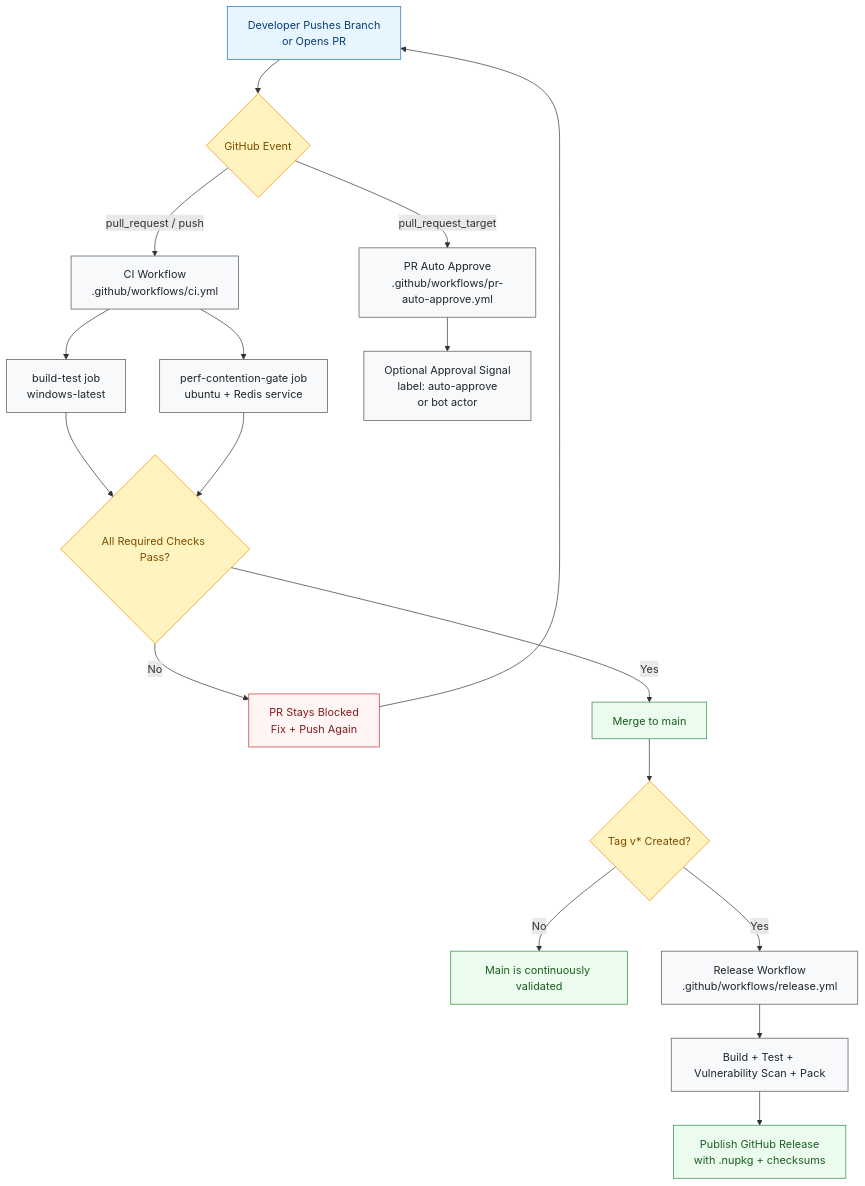
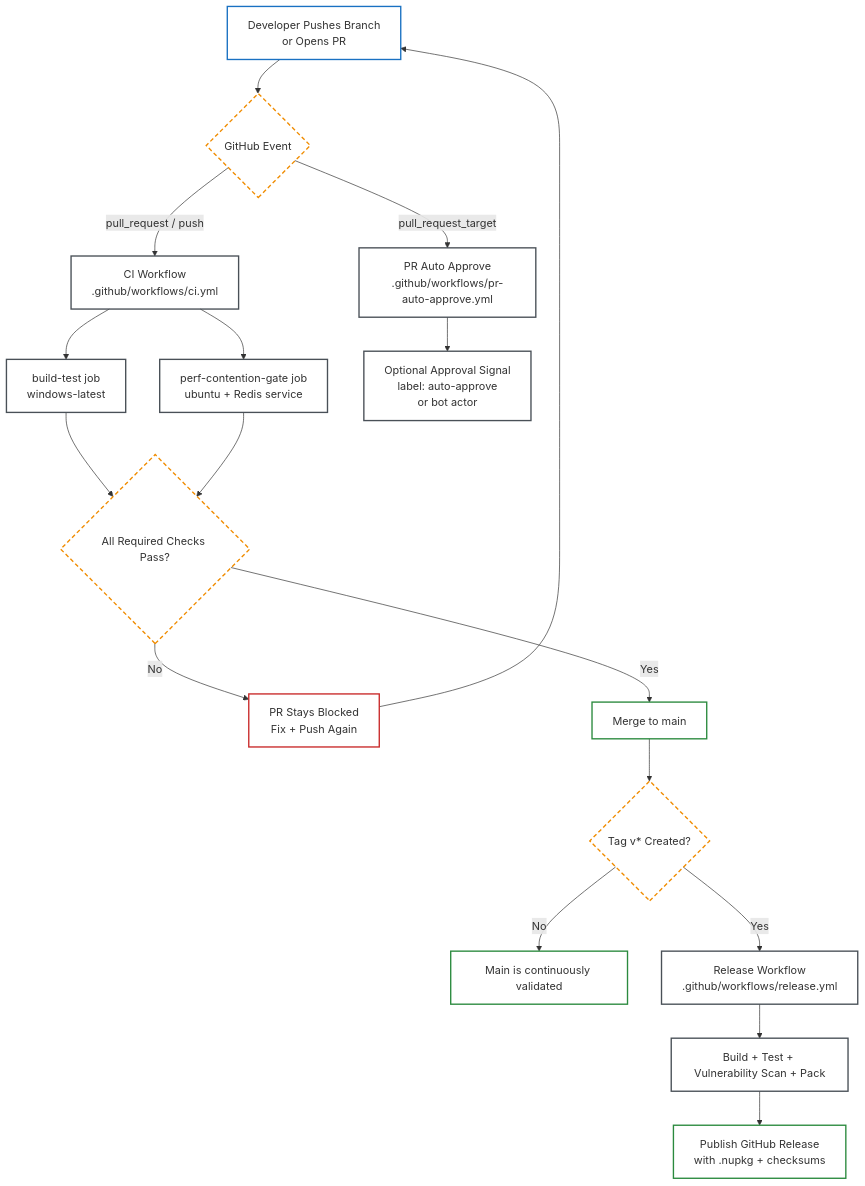
The first of 4 diagrams in docs/WORKFLOWS.md (haxxornulled/VapeCache), drawn with Mermaid before and after one commit. The commit also changed other lines of this file and 1 other file, not shown here.

Commit message:
docs(diagrams): tune mermaid styling for light/dark github themes

````diff
--- a/docs/WORKFLOWS.md
+++ b/docs/WORKFLOWS.md
@@ -7,28 +9,28 @@
 ```mermaid
 flowchart TB
-    classDef trigger fill:#e7f5ff,stroke:#1971c2,stroke-width:1px,color:#0b3d75
-    classDef gate fill:#fff3bf,stroke:#f08c00,stroke-width:1px,color:#7c4d00
-    classDef success fill:#ebfbee,stroke:#2b8a3e,stroke-width:1px,color:#1b5e20
-    classDef fail fill:#fff5f5,stroke:#c92a2a,stroke-width:1px,color:#7f1d1d
-    classDef action fill:#f8f9fa,stroke:#495057,stroke-width:1px,color:#212529
+    classDef trigger fill:transparent,stroke:#1971c2,stroke-width:2px
+    classDef gate fill:transparent,stroke:#f08c00,stroke-width:2px,stroke-dasharray: 6 4
+    classDef success fill:transparent,stroke:#2b8a3e,stroke-width:2px
+    classDef fail fill:transparent,stroke:#c92a2a,stroke-width:2px
+    classDef action fill:transparent,stroke:#495057,stroke-width:2px
 
     A[Developer Pushes Branch<br/>or Opens PR]:::trigger --> B{GitHub Event}:::gate
     B -->|pull_request / push| C[CI Workflow<br/>.github/workflows/ci.yml]:::action
     B -->|pull_request_target| D[PR Auto Approve<br/>.github/workflows/pr-auto-approve.yml]:::action
 
     C --> E[build-test job<br/>windows-latest]:::action
     C --> F[perf-contention-gate job<br/>ubuntu + Redis service]:::action
 
     E --> G{All Required Checks Pass?}:::gate
     F --> G
     G -->|No| H[PR Stays Blocked<br/>Fix + Push Again]:::fail
     H --> A
     G -->|Yes| I[Merge to main]:::success
 
     D --> J[Optional Approval Signal<br/>label: auto-approve<br/>or bot actor]:::action
     I --> K{Tag v* Created?}:::gate
     K -->|No| L[Main is continuously validated]:::success
     K -->|Yes| M[Release Workflow<br/>.github/workflows/release.yml]:::action
     M --> N[Build + Test + Vulnerability Scan + Pack]:::action
     N --> O[Publish GitHub Release<br/>with .nupkg + checksums]:::success
 ```
````
